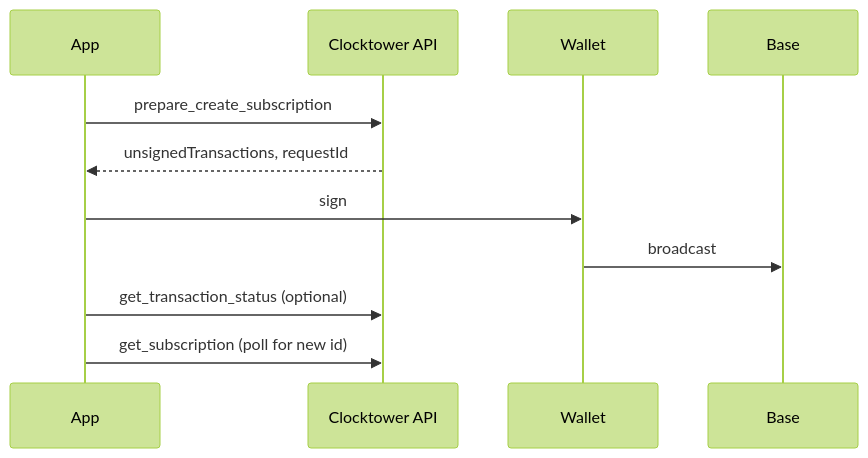
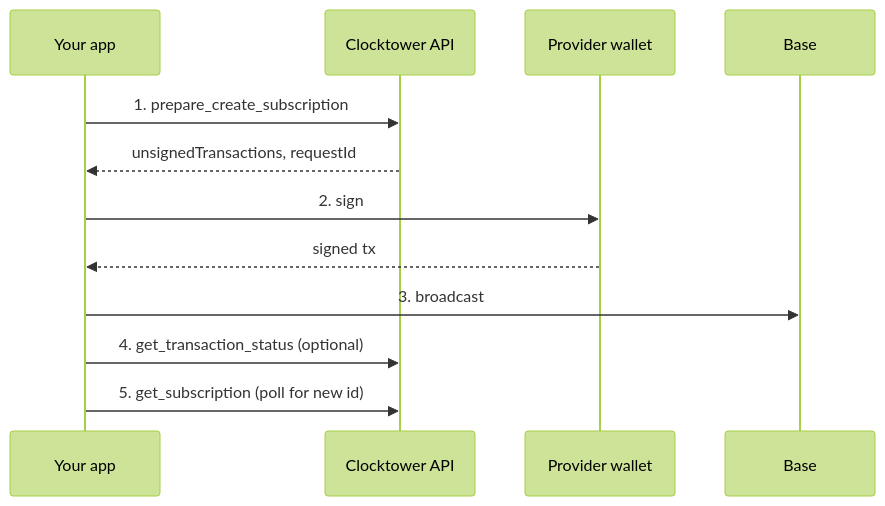
Before and after one commit to clocktower-protocol/clocktower-docs: the diagram in docs/developers/05-Workflows/02-create-subscription.mdx, drawn with Mermaid (forest theme). The commit also changed other lines of this file and 6 other files, not shown here.

Commit message:
fix(docs): enable Mermaid diagrams and clarify workflow pages

````diff
--- a/docs/developers/05-Workflows/02-create-subscription.mdx
+++ b/docs/developers/05-Workflows/02-create-subscription.mdx
@@ -13,14 +32,15 @@
 ```mermaid
 sequenceDiagram
-  participant App
+  participant App as Your app
   participant API as Clocktower API
-  participant Wallet
+  participant Wallet as Provider wallet
   participant Chain as Base
 
-  App->>API: prepare_create_subscription
+  App->>API: 1. prepare_create_subscription
   API-->>App: unsignedTransactions, requestId
-  App->>Wallet: sign
-  Wallet->>Chain: broadcast
-  App->>API: get_transaction_status (optional)
-  App->>API: get_subscription (poll for new id)
+  App->>Wallet: 2. sign
+  Wallet-->>App: signed tx
+  App->>Chain: 3. broadcast
+  App->>API: 4. get_transaction_status (optional)
+  App->>API: 5. get_subscription (poll for new id)
 ```
````
